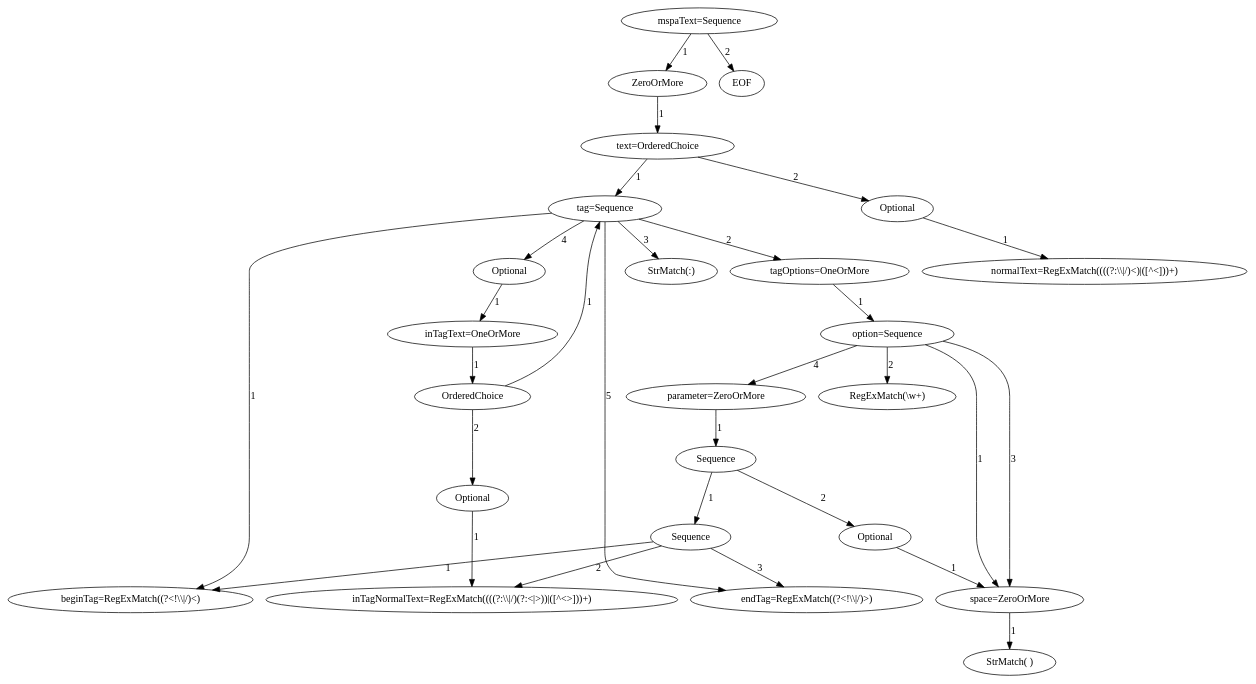
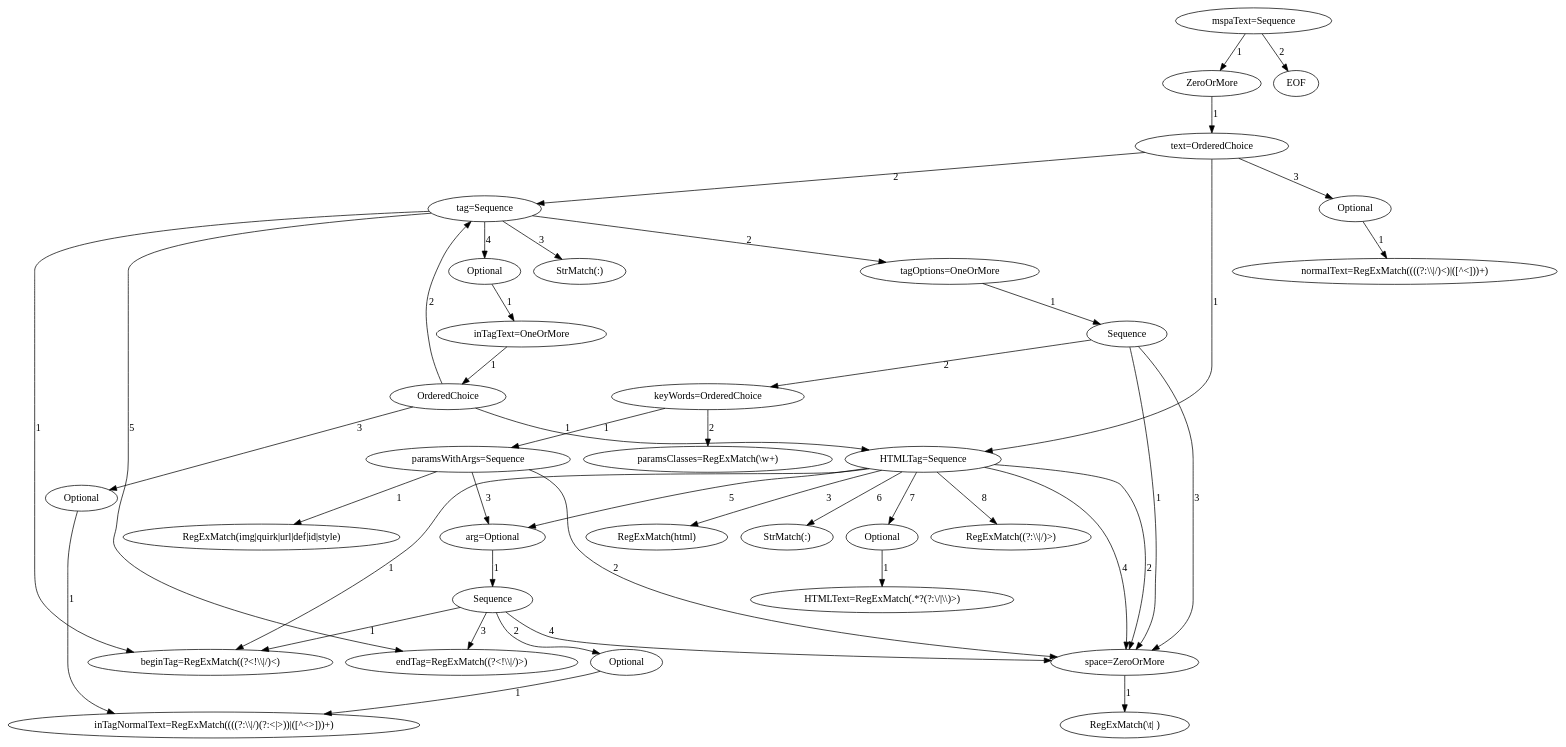
One commit to DzerardWho/MSPA-Parser changed the diagram in mspaText_parser_model.dot. Above: the diagram before and after it, drawn with Graphviz. The commit also changed 6 other files, not shown here.

```diff
--- a/mspaText_parser_model.dot
+++ b/mspaText_parser_model.dot
@@ -1,84 +1,120 @@
 digraph arpeggio_graph {
-1467652991464 [label="mspaText=Sequence"];
-1467652991464->1467652991184 [label="1"]
+1868648516016 [label="mspaText=Sequence"];
+1868648516016->1868648515904 [label="1"]
 
-1467652991184 [label="ZeroOrMore"];
-1467652991184->1467652991744 [label="1"]
+1868648515904 [label="ZeroOrMore"];
+1868648515904->1868648516296 [label="1"]
 
-1467652991744 [label="text=OrderedChoice"];
-1467652991744->1467652992024 [label="1"]
+1868648516296 [label="text=OrderedChoice"];
+1868648516296->1868648516688 [label="1"]
 
-1467652992024 [label="tag=Sequence"];
-1467652992024->1467652992192 [label="1"]
+1868648516688 [label="HTMLTag=Sequence"];
+1868648516688->1868648516856 [label="1"]
 
-1467652992192 [label="beginTag=RegExMatch((?<!\\\\|/)<)"];
-1467652992024->1467652992136 [label="2"]
+1868648516856 [label="beginTag=RegExMatch((?<!\\\\|/)<)"];
+1868648516688->1868648517248 [label="2"]
 
-1467652992136 [label="tagOptions=OneOrMore"];
-1467652992136->1467652992416 [label="1"]
+1868648517248 [label="space=ZeroOrMore"];
+1868648517248->1868648516800 [label="1"]
 
-1467652992416 [label="option=Sequence"];
-1467652992416->1467652992640 [label="1"]
+1868648516800 [label="RegExMatch(\\t| )"];
+1868648516688->1868648516464 [label="3"]
 
-1467652992640 [label="space=ZeroOrMore"];
-1467652992640->1467652992752 [label="1"]
+1868648516464 [label="RegExMatch(html)"];
+1868648516688->1868648517248 [label="4"]
 
-1467652992752 [label="StrMatch( )"];
-1467652992416->1467652992248 [label="2"]
+1868648516688->1868648517360 [label="5"]
 
-1467652992248 [label="RegExMatch(\\w+)"];
-1467652992416->1467652992640 [label="3"]
+1868648517360 [label="arg=Optional"];
+1868648517360->1868648516912 [label="1"]
 
-1467652992416->1467652992864 [label="4"]
+1868648516912 [label="Sequence"];
+1868648516912->1868648516856 [label="1"]
 
-1467652992864 [label="parameter=ZeroOrMore"];
-1467652992864->1467652992808 [label="1"]
+1868648516912->1868648517192 [label="2"]
 
-1467652992808 [label="Sequence"];
-1467652992808->1467653034056 [label="1"]
+1868648517192 [label="Optional"];
+1868648517192->1868648517304 [label="1"]
 
-1467653034056 [label="Sequence"];
-1467653034056->1467652992192 [label="1"]
+1868648517304 [label="inTagNormalText=RegExMatch((((?:\\\\|/)(?:<|>))|([^<>]))+)"];
+1868648516912->1868648517416 [label="3"]
 
-1467653034056->1467653034224 [label="2"]
+1868648517416 [label="endTag=RegExMatch((?<!\\\\|/)>)"];
+1868648516912->1868648517248 [label="4"]
 
-1467653034224 [label="inTagNormalText=RegExMatch((((?:\\\\|/)(?:<|>))|([^<>]))+)"];
-1467653034056->1467653034280 [label="3"]
+1868648516688->1868648517136 [label="6"]
 
-1467653034280 [label="endTag=RegExMatch((?<!\\\\|/)>)"];
-1467652992808->1467652992920 [label="2"]
+1868648517136 [label="StrMatch(:)"];
+1868648516688->1868648516520 [label="7"]
 
-1467652992920 [label="Optional"];
-1467652992920->1467652992640 [label="1"]
+1868648516520 [label="Optional"];
+1868648516520->1868648517584 [label="1"]
 
-1467652992024->1467652992304 [label="3"]
+1868648517584 [label="HTMLText=RegExMatch(.*?(?:\\/|\\\\)>)"];
+1868648516688->1868648516632 [label="8"]
 
-1467652992304 [label="StrMatch(:)"];
-1467652992024->1467652991912 [label="4"]
+1868648516632 [label="RegExMatch((?:\\\\|/)>)"];
+1868648516296->1868648517472 [label="2"]
 
-1467652991912 [label="Optional"];
-1467652991912->1467652992584 [label="1"]
+1868648517472 [label="tag=Sequence"];
+1868648517472->1868648516856 [label="1"]
 
-1467652992584 [label="inTagText=OneOrMore"];
-1467652992584->1467653034504 [label="1"]
+1868648517472->1868648562928 [label="2"]
 
-1467653034504 [label="OrderedChoice"];
-1467653034504->1467652992024 [label="1"]
+1868648562928 [label="tagOptions=OneOrMore"];
+1868648562928->1868648562872 [label="1"]
 
-1467653034504->1467652992976 [label="2"]
+1868648562872 [label="Sequence"];
+1868648562872->1868648517248 [label="1"]
 
-1467652992976 [label="Optional"];
-1467652992976->1467653034224 [label="1"]
+1868648562872->1868648562984 [label="2"]
 
-1467652992024->1467653034280 [label="5"]
+1868648562984 [label="keyWords=OrderedChoice"];
+1868648562984->1868648563264 [label="1"]
 
-1467652991744->1467652991632 [label="2"]
+1868648563264 [label="paramsWithArgs=Sequence"];
+1868648563264->1868648563208 [label="1"]
 
-1467652991632 [label="Optional"];
-1467652991632->1467652992080 [label="1"]
+1868648563208 [label="RegExMatch(img|quirk|url|def|id|style)"];
+1868648563264->1868648517248 [label="2"]
 
-1467652992080 [label="normalText=RegExMatch((((?:\\\\|/)<)|([^<]))+)"];
-1467652991464->1467652991576 [label="2"]
+1868648563264->1868648517360 [label="3"]
 
-1467652991576 [label="EOF"];
+1868648562984->1868648563152 [label="2"]
+
+1868648563152 [label="paramsClasses=RegExMatch(\\w+)"];
+1868648562872->1868648517248 [label="3"]
+
+1868648517472->1868648517528 [label="3"]
+
+1868648517528 [label="StrMatch(:)"];
+1868648517472->1868648516408 [label="4"]
+
+1868648516408 [label="Optional"];
+1868648516408->1868648563600 [label="1"]
+
+1868648563600 [label="inTagText=OneOrMore"];
+1868648563600->1868648563376 [label="1"]
+
+1868648563376 [label="OrderedChoice"];
+1868648563376->1868648516688 [label="1"]
+
+1868648563376->1868648517472 [label="2"]
+
+1868648563376->1868648563096 [label="3"]
+
+1868648563096 [label="Optional"];
+1868648563096->1868648517304 [label="1"]
+
+1868648517472->1868648517416 [label="5"]
+
+1868648516296->1868648516184 [label="3"]
+
+1868648516184 [label="Optional"];
+1868648516184->1868648562760 [label="1"]
+
+1868648562760 [label="normalText=RegExMatch((((?:\\\\|/)<)|([^<]))+)"];
+1868648516016->1868648516128 [label="2"]
+
+1868648516128 [label="EOF"];
 }
```
